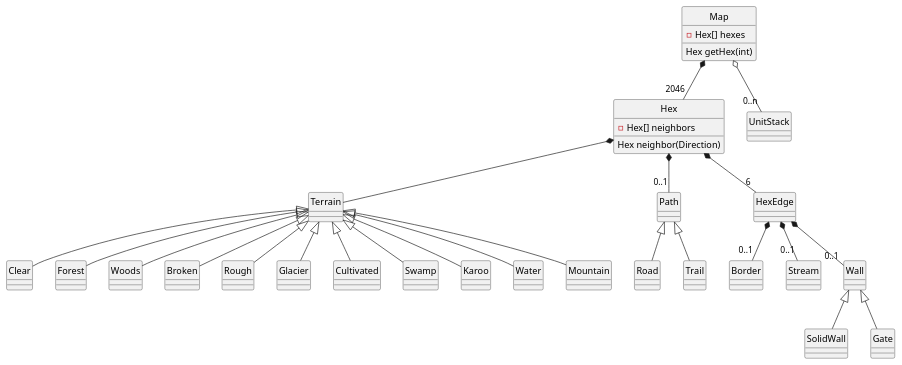
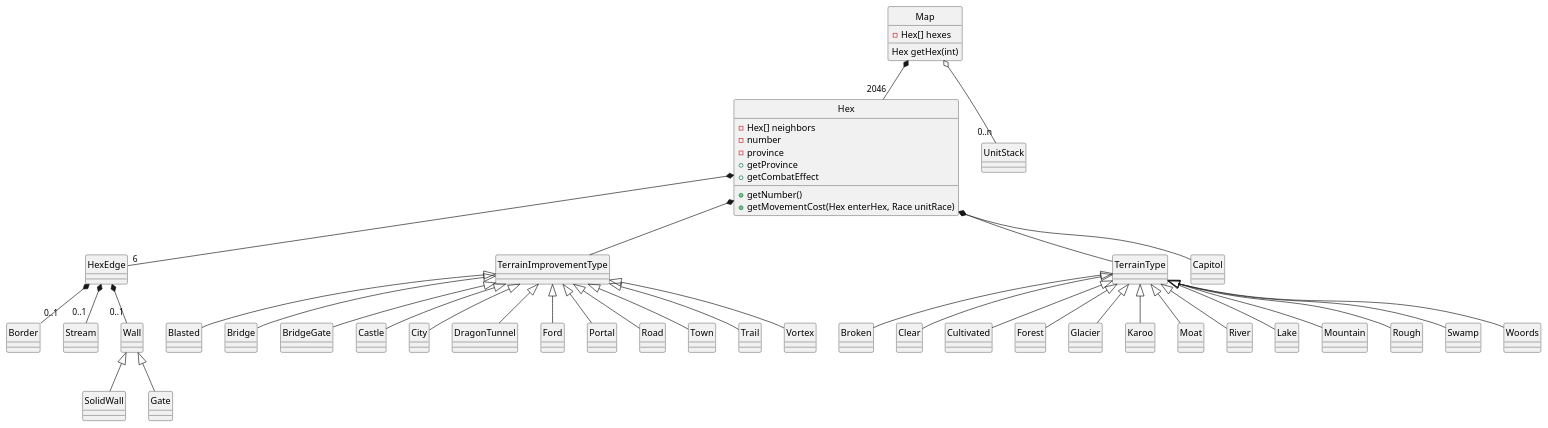
Before and after one commit to CS383-Sword-and-Sorcery/HW3: the diagram in mapmove.pu, drawn with PlantUML.

```diff
--- a/mapmove.pu
+++ b/mapmove.pu
@@ -1,49 +1,59 @@
 @startuml
 hide circle
 ' <|-- is "extention" and used for class inheritence
 ' *-- is composition (static aggregation), for when b is permanently "part of" a
 ' o-- is aggregation (dynamic aggregation)
 
 class Map {
     -Hex[] hexes
 	Hex getHex(int)
-
 }
 
 class Hex {
 	-Hex[] neighbors
-	Hex neighbor(Direction)
+    -number
+    -province
+    +getNumber()
+    +getProvince
+    +getMovementCost(Hex enterHex, Race unitRace)
+    +getCombatEffect
 }
 
 Map o-- "0..n" UnitStack
 Map *-- "2046" Hex
-
-Hex *-- Terrain
-Hex *-- "0..1" Path
-               Path <|-- Road
-               Path <|-- Trail
 Hex *-- "6" HexEdge
+Hex *-- TerrainImprovementType
+Hex *-- TerrainType
+Hex *-- Capitol
 HexEdge *-- "0..1" Border
 HexEdge *-- "0..1" Stream
 HexEdge *-- "0..1" Wall
                    Wall <|-- SolidWall
                    Wall <|-- Gate
-Terrain <|-- Clear
-Terrain <|-- Forest
-Terrain <|-- Woods
-Terrain <|-- Broken
-Terrain <|-- Rough
-Terrain <|-- Glacier
-Terrain <|-- Cultivated
-Terrain <|-- Swamp
-Terrain <|-- Karoo
-Terrain <|-- Water
-Terrain <|-- Mountain
+TerrainType <|-- Broken
+TerrainType <|-- Clear
+TerrainType <|-- Cultivated
+TerrainType <|-- Forest
+TerrainType <|-- Glacier
+TerrainType <|-- Karoo
+TerrainType <|-- Moat
+TerrainType <|-- River
+TerrainType <|-- Lake
+TerrainType <|-- Mountain
+TerrainType <|-- Rough
+TerrainType <|-- Swamp
+TerrainType <|-- Woords
+TerrainImprovementType <|-- Blasted
+TerrainImprovementType <|-- Bridge
+TerrainImprovementType <|-- BridgeGate
+TerrainImprovementType <|-- Castle
+TerrainImprovementType <|-- City
+TerrainImprovementType <|-- DragonTunnel
+TerrainImprovementType <|-- Ford
+TerrainImprovementType <|-- Portal
+TerrainImprovementType <|-- Road
+TerrainImprovementType <|-- Town
+TerrainImprovementType <|-- Trail
+TerrainImprovementType <|-- Vortex
 
-'Hex Stuff:
-'Tunnel, Vortex, Portal, Volcano,Capital
-'
-'Ford, Capital
-'Hex Edge Terrain:
-'Stream, Wall, Gate, 
 @enduml
```
